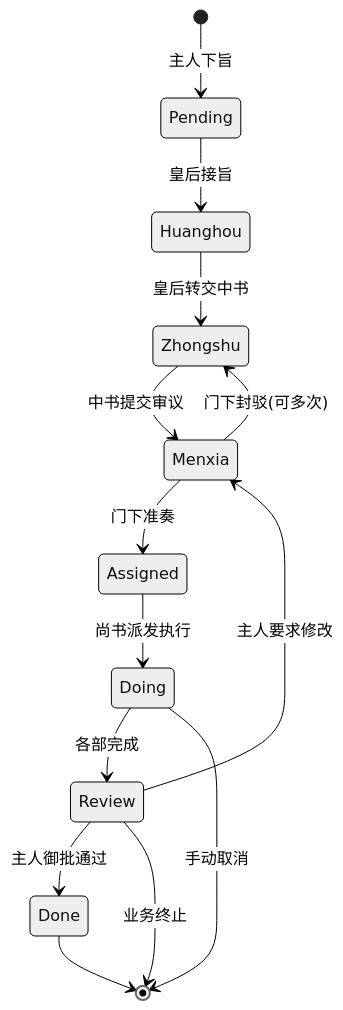
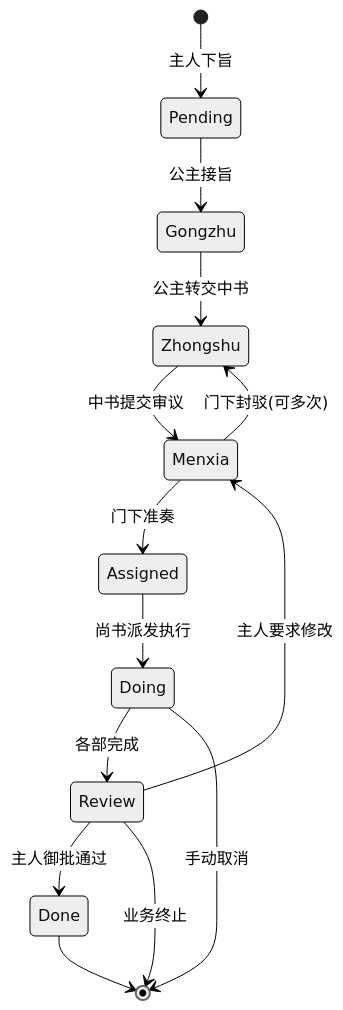
The diagram in docs/task-dispatch-architecture.md (ye-zi-233/edict), drawn with Mermaid (neutral theme) before and after one commit. The commit also changed other lines of this file and 30 other files, not shown here.

First line of the commit message:
refactor: 全局重命名皇后(huanghou)为公主(gongzhu)

````diff
--- a/docs/task-dispatch-architecture.md
+++ b/docs/task-dispatch-architecture.md
@@ -117,16 +117,16 @@
 ```mermaid
 stateDiagram-v2
 [*] --> Pending: 主人下旨
-Pending --> Huanghou: 皇后接旨
-Huanghou --> Zhongshu: 皇后转交中书
+Pending --> Gongzhu: 公主接旨
+Gongzhu --> Zhongshu: 公主转交中书
 Zhongshu --> Menxia: 中书提交审议
 Menxia --> Zhongshu: 门下封驳(可多次)
 Menxia --> Assigned: 门下准奏
 Assigned --> Doing: 尚书派发执行
 Doing --> Review: 各部完成
 Review --> Done: 主人御批通过
 Review --> Menxia: 主人要求修改
 Done --> [*]
 Doing --> [*]: 手动取消
 Review --> [*]: 业务终止
 ```
````
